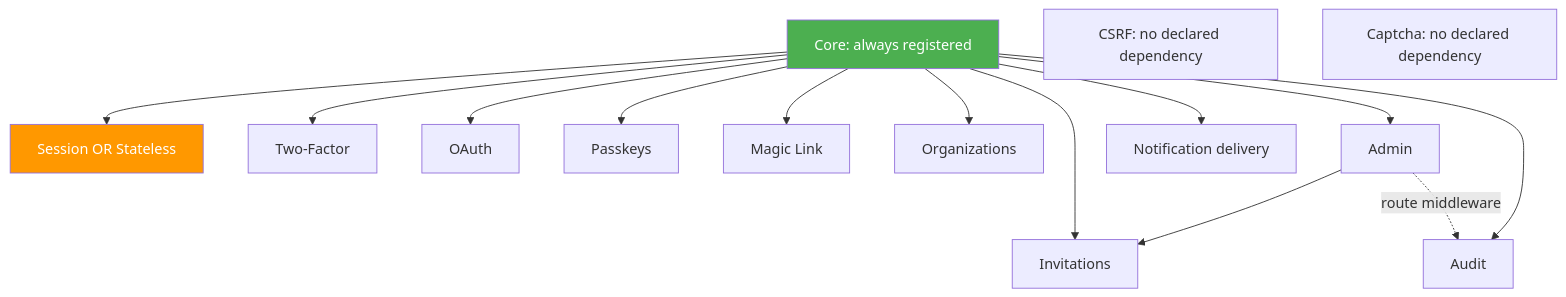
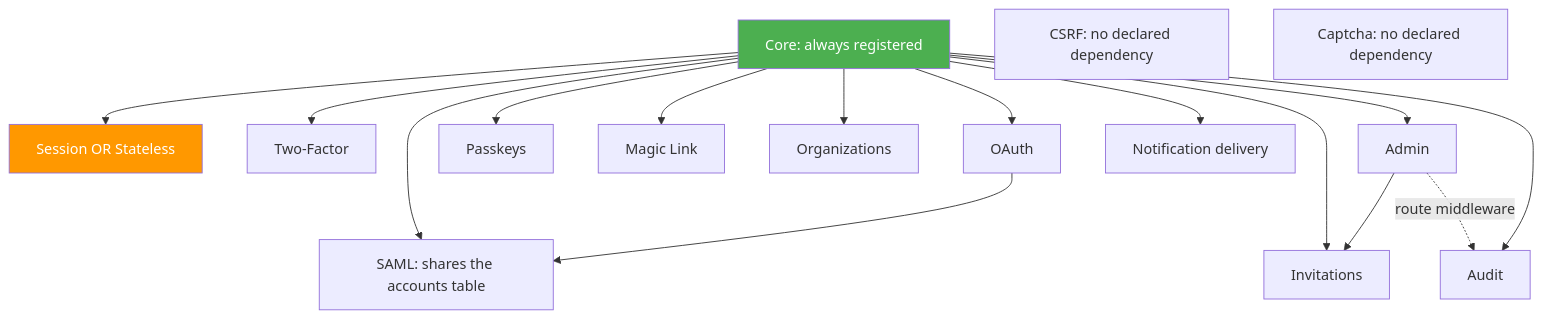
Before and after one commit to bete7512/goauth: the second of 7 diagrams in docs/docs/architecture.md, drawn with Mermaid. The commit also changed 9 other files, not shown here.

````diff
--- a/docs/docs/architecture.md
+++ b/docs/docs/architecture.md
@@ -85,20 +85,22 @@
 ```mermaid
 graph TD
     Core["Core: always registered"]
     Core --> Session["Session OR Stateless"]
     Core --> TwoFactor["Two-Factor"]
     Core --> OAuth["OAuth"]
+    OAuth --> SAML["SAML: shares the accounts table"]
+    Core --> SAML
     Core --> Passkeys["Passkeys"]
     Core --> MagicLink["Magic Link"]
     Core --> Organization["Organizations"]
     Core --> Admin["Admin"]
     Admin --> Invitation["Invitations"]
     Core --> Invitation
     Core --> Audit["Audit"]
     Admin -.->|route middleware| Audit
     Core --> Notification["Notification delivery"]
     CSRF["CSRF: no declared dependency"]
     Captcha["Captcha: no declared dependency"]
     style Core fill:#4CAF50,color:#fff
     style Session fill:#FF9800,color:#fff
 ```
````
